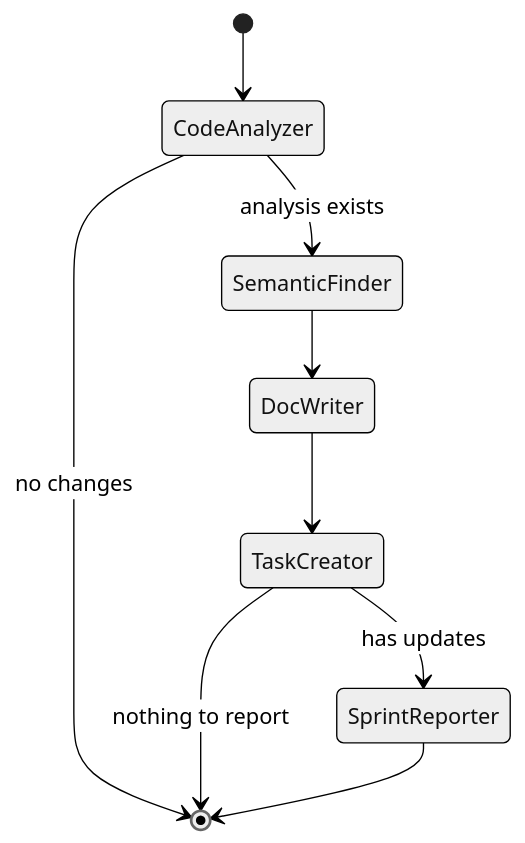
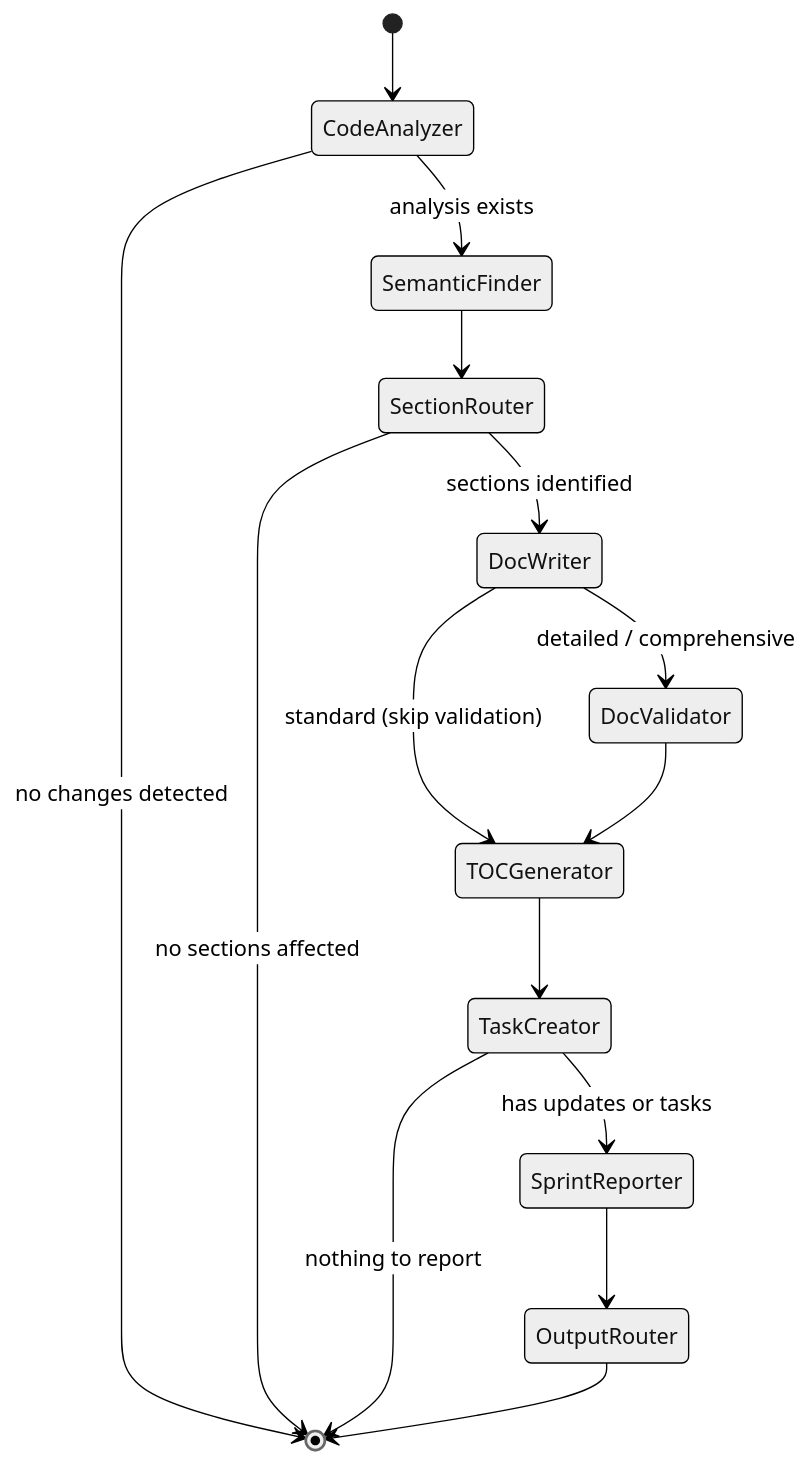
Before and after one commit to sarupurisailalith/codebase-cortex: the second of 7 diagrams in docs/architecture.md, drawn with Mermaid (neutral theme). The commit also changed other lines of this file and 8 other files, not shown here.

````diff
--- a/docs/architecture.md
+++ b/docs/architecture.md
@@ -54,11 +80,17 @@
 ```mermaid
 stateDiagram-v2
     [*] --> CodeAnalyzer
     CodeAnalyzer --> SemanticFinder: analysis exists
-    CodeAnalyzer --> [*]: no changes
-    SemanticFinder --> DocWriter
-    DocWriter --> TaskCreator
-    TaskCreator --> SprintReporter: has updates
+    CodeAnalyzer --> [*]: no changes detected
+    SemanticFinder --> SectionRouter
+    SectionRouter --> DocWriter: sections identified
+    SectionRouter --> [*]: no sections affected
+    DocWriter --> DocValidator: detailed / comprehensive
+    DocWriter --> TOCGenerator: standard (skip validation)
+    DocValidator --> TOCGenerator
+    TOCGenerator --> TaskCreator
+    TaskCreator --> SprintReporter: has updates or tasks
     TaskCreator --> [*]: nothing to report
-    SprintReporter --> [*]
+    SprintReporter --> OutputRouter
+    OutputRouter --> [*]
 ```
````
